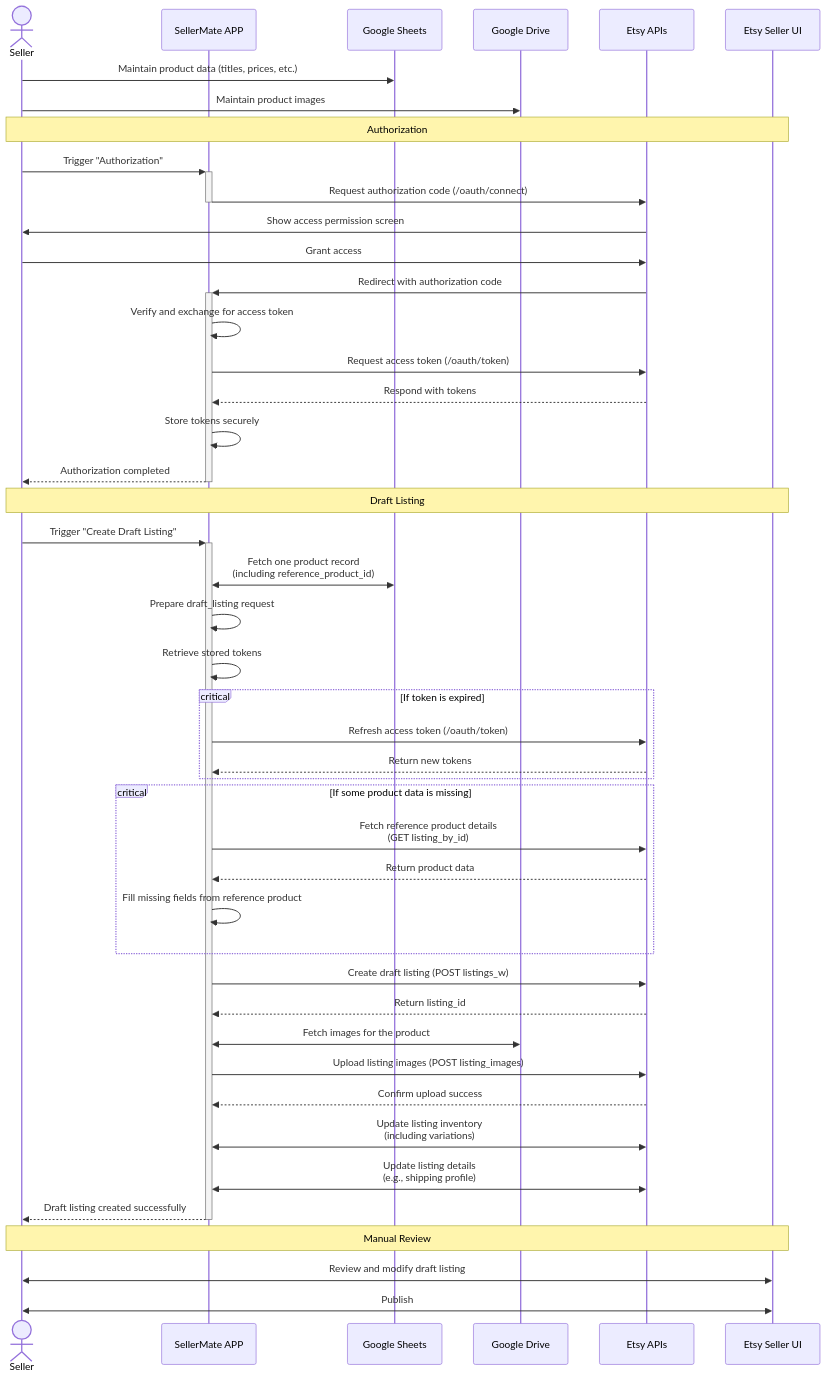
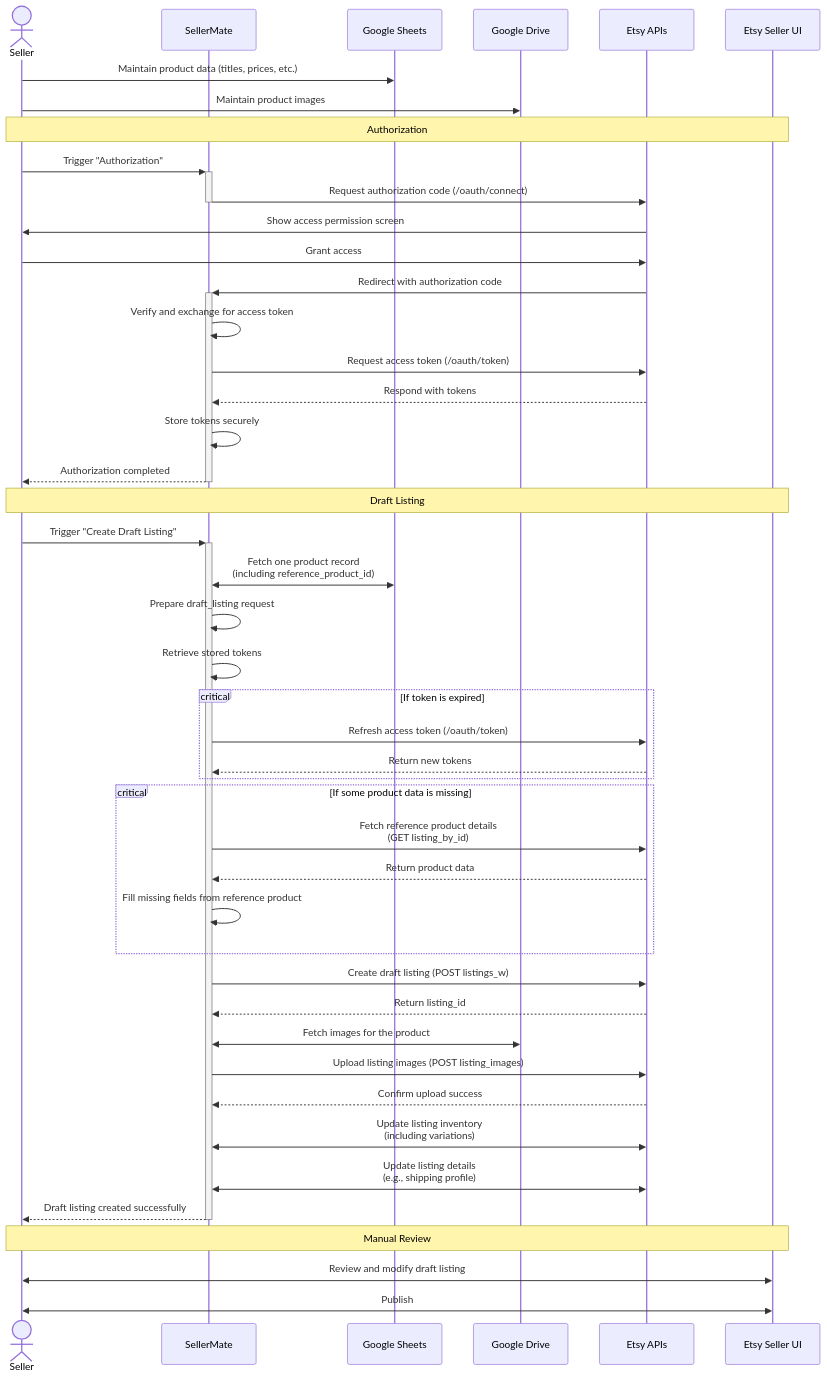
One commit to GhodasaraC/EtsySellerMate changed the diagram in README.md. Above: the diagram before and after it, drawn with Mermaid.

````diff
--- a/README.md
+++ b/README.md
@@ -41,51 +41,51 @@
 ```mermaid
 sequenceDiagram
     actor seller as Seller
-    participant app as SellerMate APP
+    participant app as SellerMate
     participant sheets as Google Sheets
     participant drive as Google Drive
     participant etsy as Etsy APIs
     participant etsyui as Etsy Seller UI
 
     seller->>sheets: Maintain product data (titles, prices, etc.)
     seller->>drive: Maintain product images
 
     Note over seller,etsyui: Authorization
     seller->>+app: Trigger "Authorization"
     app->>-etsy: Request authorization code (/oauth/connect)
     etsy->>seller: Show access permission screen
     seller->>etsy: Grant access
     etsy->>+app: Redirect with authorization code
     app->>app: Verify and exchange for access token
     app->>etsy: Request access token (/oauth/token)
     etsy-->>app: Respond with tokens
     app->>app: Store tokens securely
     app-->>-seller: Authorization completed
 
     Note over seller,etsyui: Draft Listing
     seller->>+app: Trigger "Create Draft Listing"
     app<<->>sheets: Fetch one product record<br/>(including reference_product_id)
     app->>app: Prepare draft_listing request
     app->>app: Retrieve stored tokens
     critical If token is expired
         app->>etsy: Refresh access token (/oauth/token)
         etsy-->>app: Return new tokens
     end
     critical If some product data is missing
         app->>etsy: Fetch reference product details<br/>(GET listing_by_id)
         etsy-->>app: Return product data
         app->>app: Fill missing fields from reference product
     end
     app->>etsy: Create draft listing (POST listings_w)
     etsy-->>app: Return listing_id
     app<<->>drive: Fetch images for the product
     app->>etsy: Upload listing images (POST listing_images)
     etsy-->>app: Confirm upload success
     app<<->>etsy: Update listing inventory<br/>(including variations)
     app<<->>etsy: Update listing details<br/>(e.g., shipping profile)
     app-->>-seller: Draft listing created successfully
     
     Note over seller,etsyui: Manual Review
     seller<<->>etsyui: Review and modify draft listing
     seller<<->>etsyui: Publish
 ```
````
